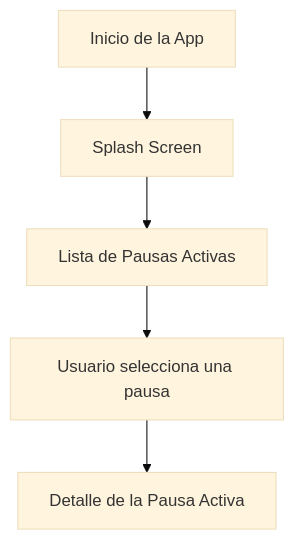
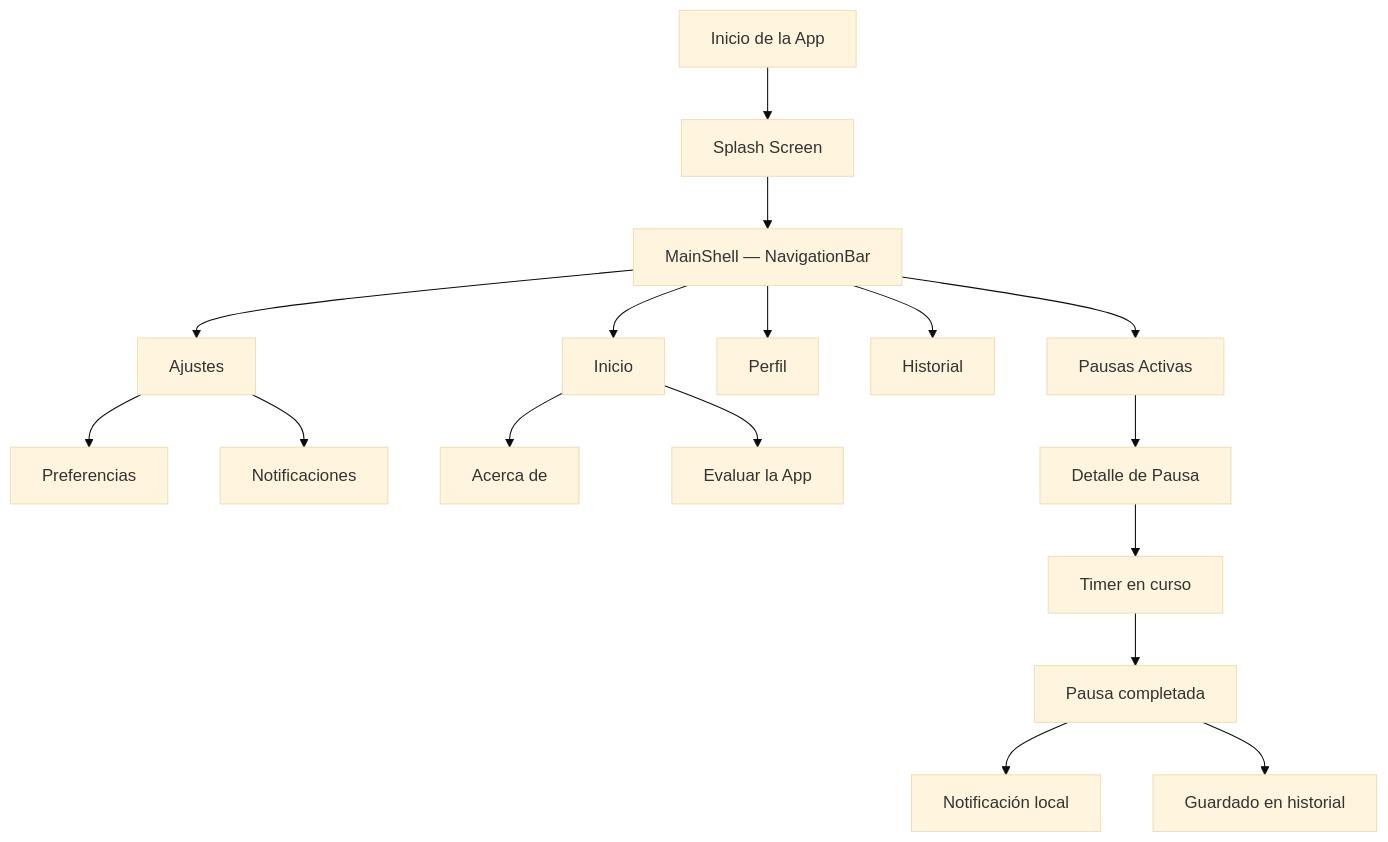
The second of 2 diagrams in README.md (Fnav63/ActiveBreaksMobile), drawn with Mermaid (base theme) before and after one commit. The commit also changed other lines of this file, not shown here.

````diff
--- a/README.md
+++ b/README.md
@@ -39,7 +157,19 @@
 ```mermaid
-flowchart TD;
+flowchart TD
     A[Inicio de la App] --> B[Splash Screen]
-    B --> C[Lista de Pausas Activas]
-    C --> D[Usuario selecciona una pausa]
-    D --> E[Detalle de la Pausa Activa]
+    B --> C[MainShell — NavigationBar]
+    C --> D[Inicio]
+    C --> E[Pausas Activas]
+    C --> F[Perfil]
+    C --> G[Historial]
+    C --> H[Ajustes]
+    H --> I[Preferencias]
+    H --> Q[Notificaciones]
+    D --> K[Acerca de]
+    D --> J[Evaluar la App]
+    E --> L[Detalle de Pausa]
+    L --> M[Timer en curso]
+    M --> N[Pausa completada]
+    N --> O[Notificación local]
+    N --> P[Guardado en historial]
 ```
````
